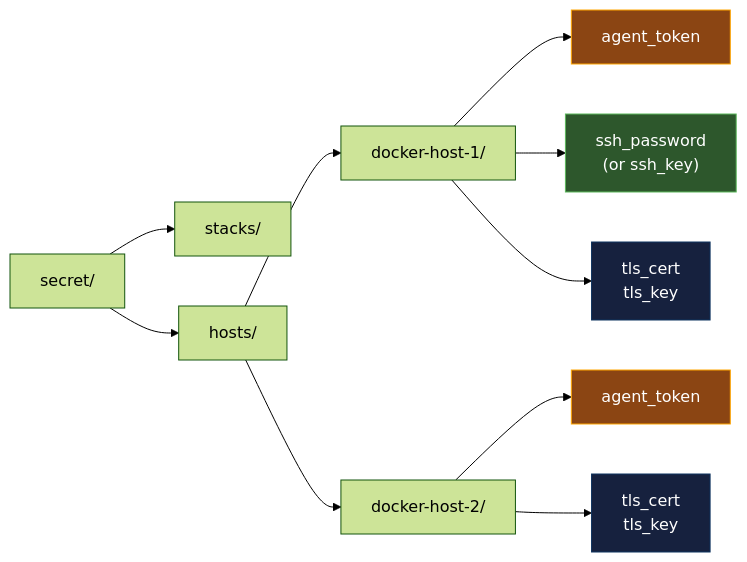
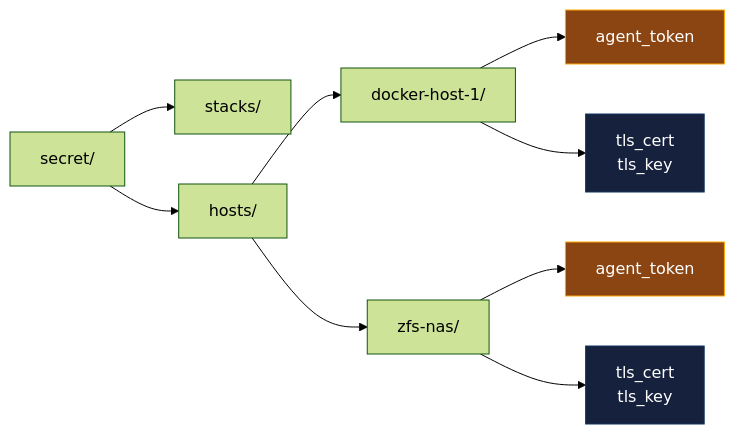
Before and after one commit to jaredglaser/homelab-manager: the tenth of 10 diagrams in docs/openbao-architecture.md, drawn with Mermaid (forest theme). The commit also changed other lines of this file and 1 other file, not shown here.

````diff
--- a/docs/openbao-architecture.md
+++ b/docs/openbao-architecture.md
@@ -442,20 +480,18 @@
 ```mermaid
 graph LR
     ROOT["secret/"] --> STACKS["stacks/"]
     ROOT --> HOSTS["hosts/"]
 
     HOSTS --> H1["docker-host-1/"]
     H1 --> H1_TOKEN["agent_token"]
-    H1 --> H1_SSH["ssh_password<br/>(or ssh_key)"]
     H1 --> H1_TLS["tls_cert<br/>tls_key"]
 
-    HOSTS --> H2["docker-host-2/"]
+    HOSTS --> H2["zfs-nas/"]
     H2 --> H2_TOKEN["agent_token"]
     H2 --> H2_TLS["tls_cert<br/>tls_key"]
 
     style H1_TOKEN fill:#8b4513,stroke:#ffa500,color:#fff
     style H2_TOKEN fill:#8b4513,stroke:#ffa500,color:#fff
-    style H1_SSH fill:#2d572c,stroke:#5cb85c,color:#fff
     style H1_TLS fill:#16213e,stroke:#0f3460,color:#fff
     style H2_TLS fill:#16213e,stroke:#0f3460,color:#fff
 ```
````
